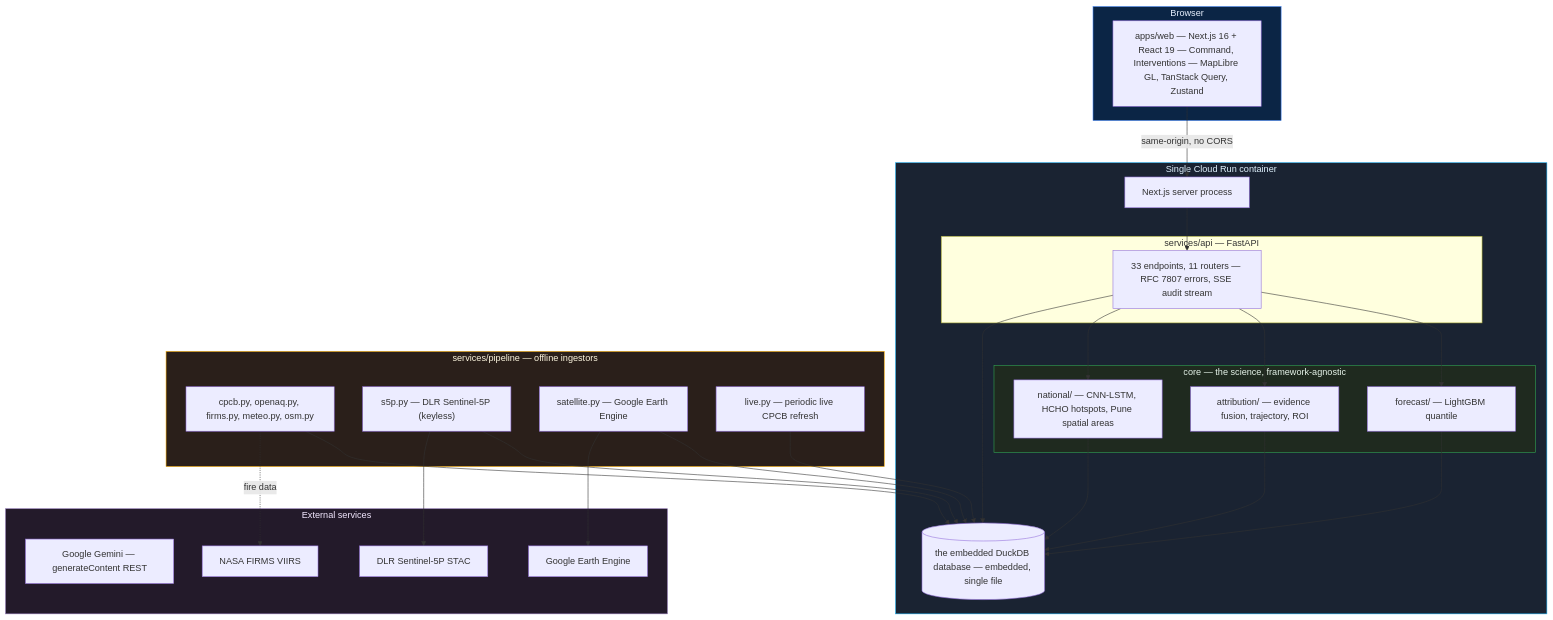
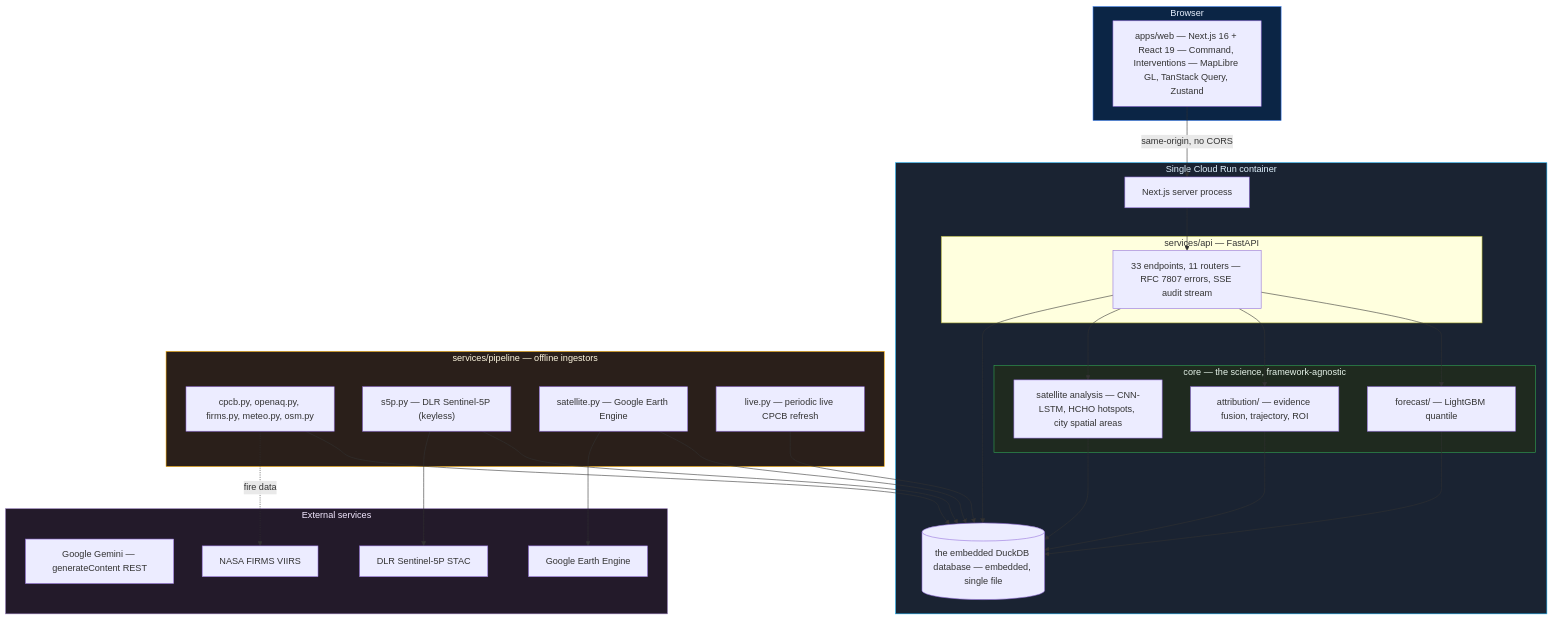
Before and after one commit to ashoka0402/final_year_project: the second of 4 diagrams in README.md, drawn with Mermaid. The commit also changed other lines of this file, not shown here.

Commit message:
updating readme for detailed analysis

````diff
--- a/README.md
+++ b/README.md
@@ -165,48 +165,48 @@
 ```mermaid
 flowchart TB
     subgraph client["Browser"]
         WEB["apps/web — Next.js 16 + React 19 — Command, Interventions — MapLibre GL, TanStack Query, Zustand"]
     end
 
     subgraph container["Single Cloud Run container"]
         NEXTPROC["Next.js server process"]
         subgraph api["services/api — FastAPI"]
             ROUTERS["33 endpoints, 11 routers — RFC 7807 errors, SSE audit stream"]
         end
         subgraph core["core — the science, framework-agnostic"]
             FC["forecast/ — LightGBM quantile"]
             ATTR["attribution/ — evidence fusion, trajectory, ROI"]
-            NAT["national/ — CNN-LSTM, HCHO hotspots, Pune spatial areas"]
+            NAT["satellite analysis — CNN-LSTM, HCHO hotspots, city spatial areas"]
         end
         DB[("the embedded DuckDB database — embedded, single file")]
     end
 
     subgraph pipe["services/pipeline — offline ingestors"]
         CPCB["cpcb.py, openaq.py, firms.py, meteo.py, osm.py"]
         S5P["s5p.py — DLR Sentinel-5P (keyless)"]
         SAT["satellite.py — Google Earth Engine"]
         LIVE["live.py — periodic live CPCB refresh"]
     end
 
     subgraph ext["External services"]
         GEMINI["Google Gemini — generateContent REST"]
         GEEEXT["Google Earth Engine"]
         DLR["DLR Sentinel-5P STAC"]
         FIRMSX["NASA FIRMS VIIRS"]
     end
 
     WEB -->|"same-origin, no CORS"| NEXTPROC --> ROUTERS
     ROUTERS --> FC & ATTR & NAT
     FC & ATTR & NAT --> DB
     ROUTERS --> DB
     CPCB & S5P & SAT & LIVE --> DB
     SAT --> GEEEXT
     S5P --> DLR
     CPCB -.fire data.-> FIRMSX
 
     style client fill:#0b2545,stroke:#4285F4,color:#e8f0fe
     style container fill:#1a2332,stroke:#0ea5e9,color:#e0f2fe
     style core fill:#1f2a1f,stroke:#34A853,color:#e6f4ea
     style pipe fill:#2a1f1a,stroke:#F9AB00,color:#fef7e0
     style ext fill:#231a2a,stroke:#8E75B2,color:#f3e8ff
 ```
````
